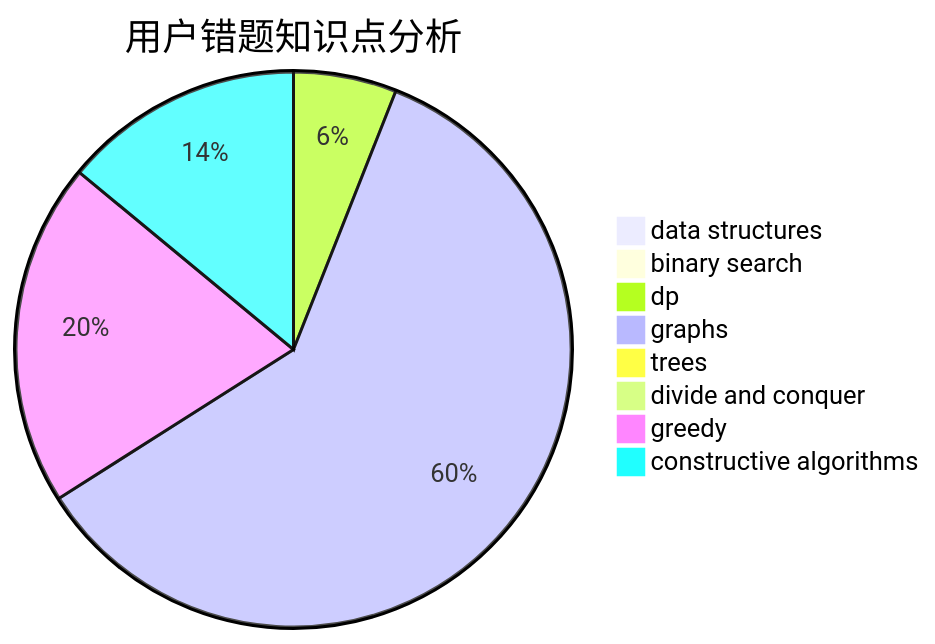
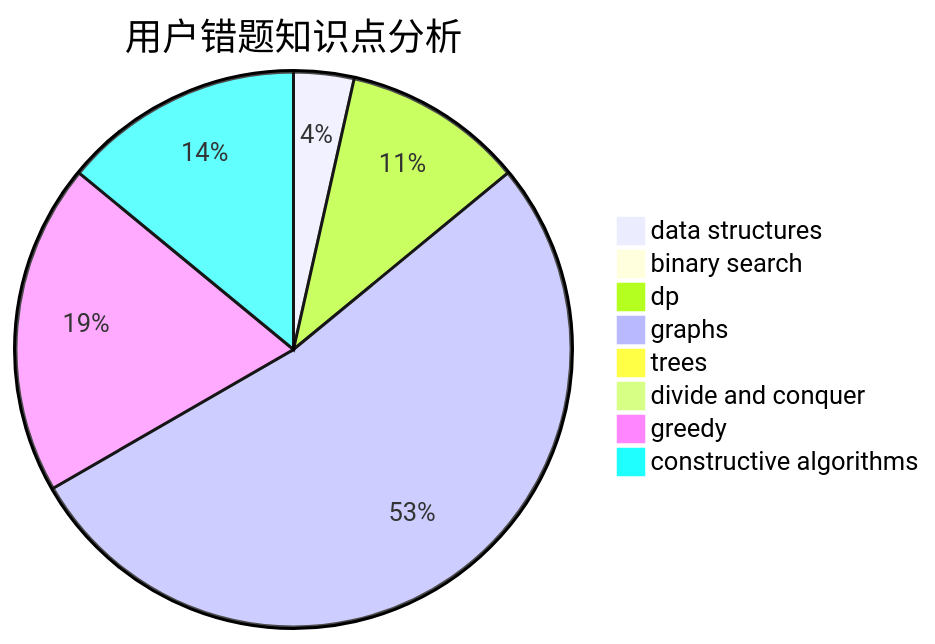
Before and after one commit to sherpahu/cfrs.github.io: the third of 3 diagrams in docs/user/u1235.md, drawn with Mermaid. The commit also changed other lines of this file and 2770 other files, not shown here.

````diff
--- a/docs/user/u1235.md
+++ b/docs/user/u1235.md
@@ -36,11 +36,11 @@
 ```mermaid
 pie title 用户错题知识点分析
-    "data structures" :  0
+    "data structures" :  2
     "binary search" :  0
-    "dp" :  3
+    "dp" :  6
     "graphs" :  30
     "trees" :  0
     "divide and conquer" :  0
-    "greedy" :  10
-    "constructive algorithms" :  7
+    "greedy" :  11
+    "constructive algorithms" :  8
 ```
````
